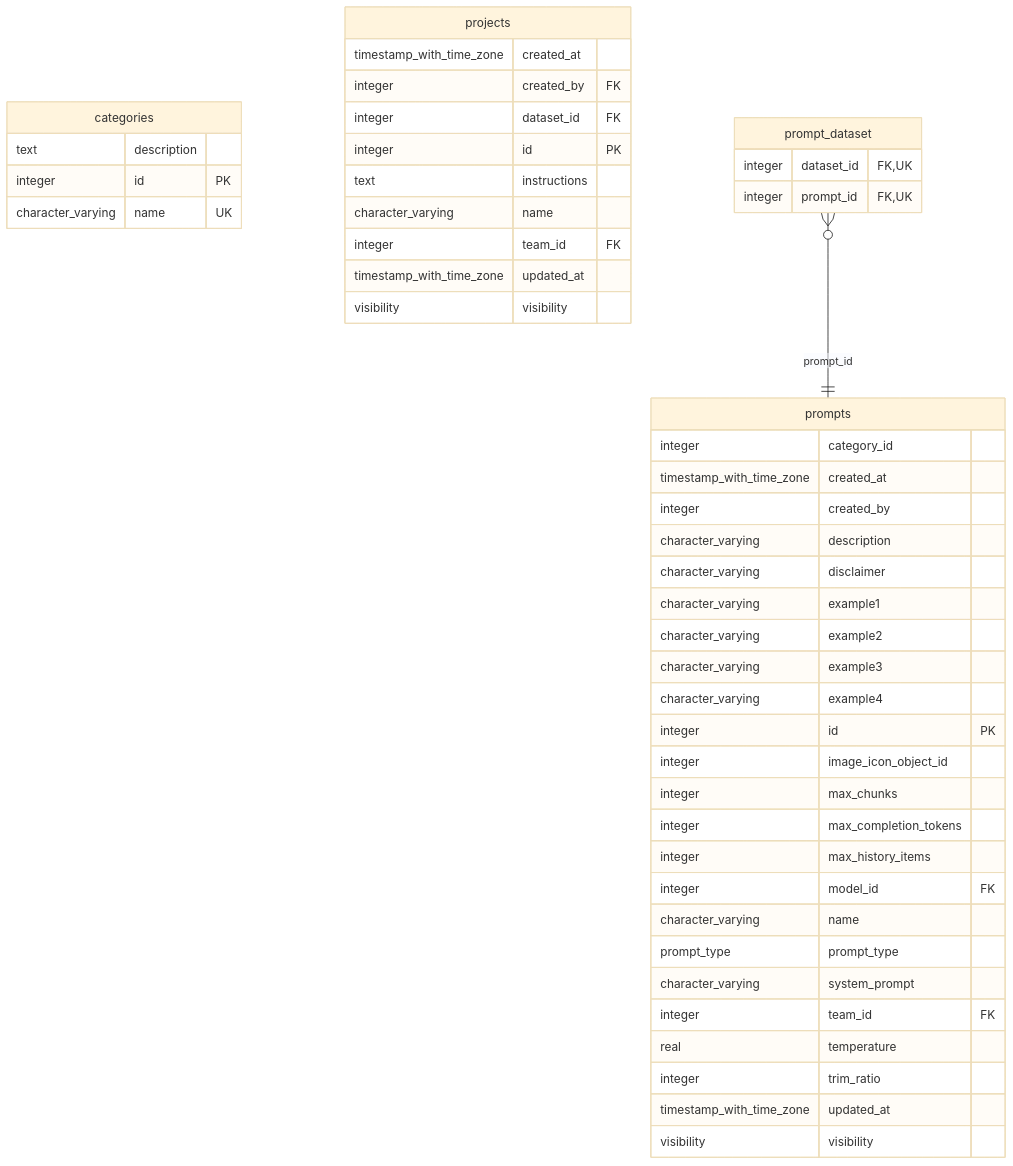
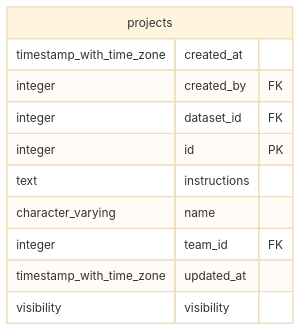
One commit to bionic-gpt/bionic-gpt changed the fourth of 10 diagrams in crates/db/README.md. Above: the diagram before and after it, drawn with Mermaid (base theme). The commit also changed other lines of this file and 146 other files, not shown here.

````diff
--- a/crates/db/README.md
+++ b/crates/db/README.md
@@ -254,53 +254,15 @@
 ```mermaid
 erDiagram
-    categories {
-        text description 
-        integer id PK 
-        character_varying name UK 
-    }
-
     projects {
         timestamp_with_time_zone created_at 
         integer created_by FK 
         integer dataset_id FK 
         integer id PK 
         text instructions 
         character_varying name 
         integer team_id FK 
         timestamp_with_time_zone updated_at 
         visibility visibility 
     }
 
-    prompt_dataset {
-        integer dataset_id FK,UK 
-        integer prompt_id FK,UK 
-    }
-
-    prompts {
-        integer category_id 
-        timestamp_with_time_zone created_at 
-        integer created_by 
-        character_varying description 
-        character_varying disclaimer 
-        character_varying example1 
-        character_varying example2 
-        character_varying example3 
-        character_varying example4 
-        integer id PK 
-        integer image_icon_object_id 
-        integer max_chunks 
-        integer max_completion_tokens 
-        integer max_history_items 
-        integer model_id FK 
-        character_varying name 
-        prompt_type prompt_type 
-        character_varying system_prompt 
-        integer team_id FK 
-        real temperature 
-        integer trim_ratio 
-        timestamp_with_time_zone updated_at 
-        visibility visibility 
-    }
-
-    prompt_dataset }o--|| prompts : "prompt_id"
 ```
````
